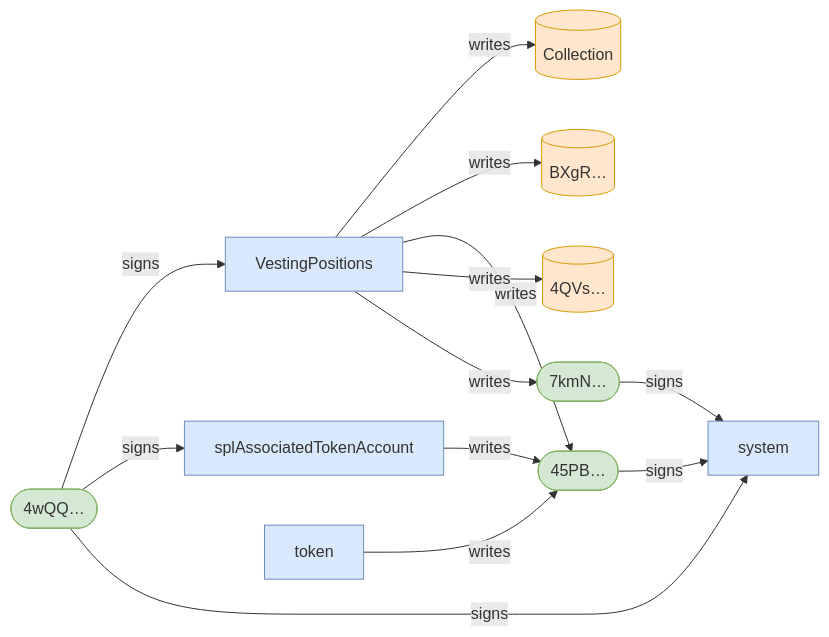
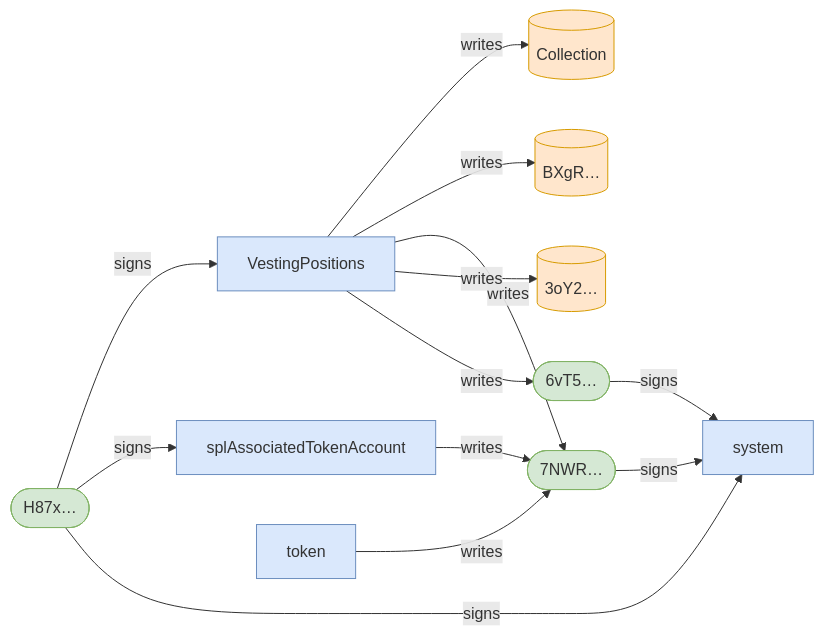
Before and after one commit to cds-turbin3/vesting-position: the second of 3 diagrams in babelfish-tests/test-report/scenario_9_claim_window_closes_after_grace.md, drawn with Mermaid. The commit also changed other lines of this file and 51 other files, not shown here.

````diff
--- a/babelfish-tests/test-report/scenario_9_claim_window_closes_after_grace.md
+++ b/babelfish-tests/test-report/scenario_9_claim_window_closes_after_grace.md
@@ -43,28 +148,28 @@
 ```mermaid
 flowchart LR
     VestingPositions["VestingPositions"]:::program
-    4wQQ(["4wQQ…"]):::signer
+    H87x(["H87x…"]):::signer
     Collection[("Collection")]:::state
     BXgR[("BXgR…")]:::state
-    45PB(["45PB…"]):::signer
-    4QVs[("4QVs…")]:::state
-    7kmN(["7kmN…"]):::signer
+    7NWR(["7NWR…"]):::signer
+    3oY2[("3oY2…")]:::state
+    6vT5(["6vT5…"]):::signer
     splAssociatedTokenAccount["splAssociatedTokenAccount"]:::program
     token["token"]:::program
     system["system"]:::program
-    4wQQ -->|signs| VestingPositions
+    H87x -->|signs| VestingPositions
     VestingPositions -->|writes| Collection
     VestingPositions -->|writes| BXgR
-    VestingPositions -->|writes| 45PB
-    VestingPositions -->|writes| 4QVs
-    VestingPositions -->|writes| 7kmN
-    4wQQ -->|signs| splAssociatedTokenAccount
-    splAssociatedTokenAccount -->|writes| 45PB
-    4wQQ -->|signs| system
-    45PB -->|signs| system
-    token -->|writes| 45PB
-    7kmN -->|signs| system
+    VestingPositions -->|writes| 7NWR
+    VestingPositions -->|writes| 3oY2
+    VestingPositions -->|writes| 6vT5
+    H87x -->|signs| splAssociatedTokenAccount
+    splAssociatedTokenAccount -->|writes| 7NWR
+    H87x -->|signs| system
+    7NWR -->|signs| system
+    token -->|writes| 7NWR
+    6vT5 -->|signs| system
     classDef program fill:#dae8fc,stroke:#6c8ebf;
     classDef signer fill:#d5e8d4,stroke:#82b366;
     classDef state fill:#ffe6cc,stroke:#d79b00;
 ```
````
